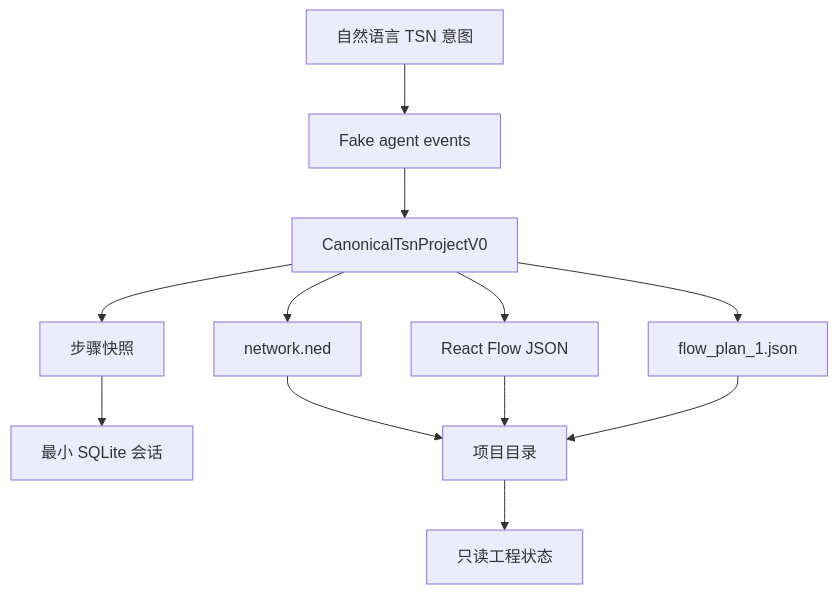
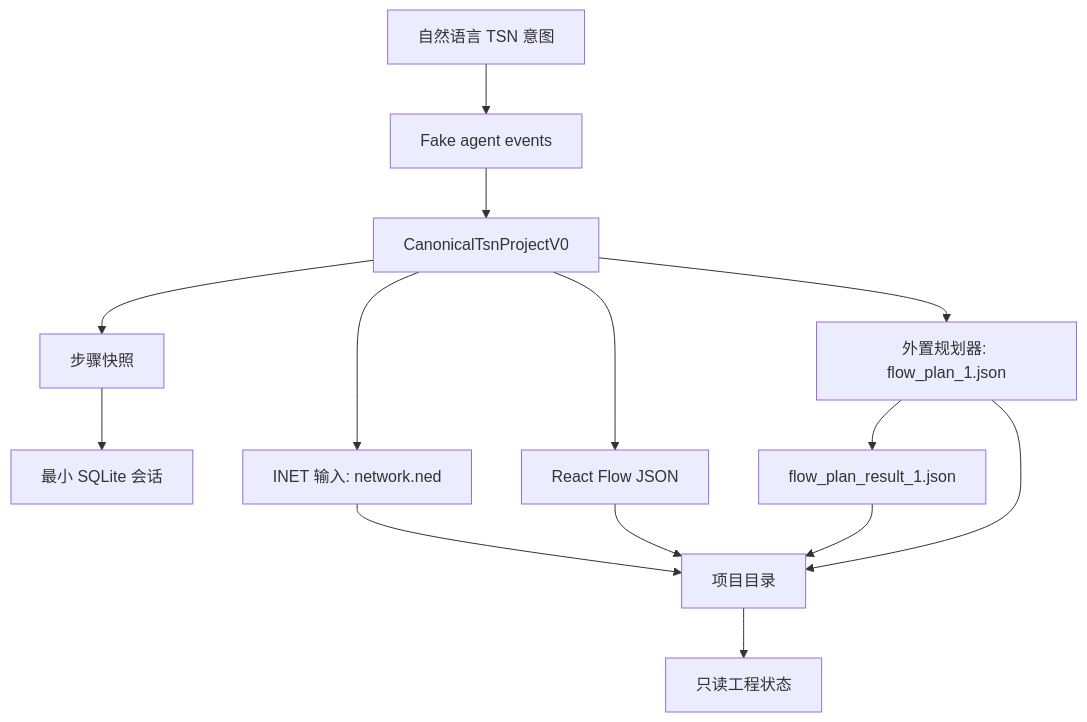
The first of 2 diagrams in docs/plans/2026-05-20-001-feat-tsn-agent-tauri-mvp-plan.md (jarbozhang/tsn-agent), drawn with Mermaid before and after one commit. The commit also changed other lines of this file and 65 other files, not shown here.

````diff
--- a/docs/plans/2026-05-20-001-feat-tsn-agent-tauri-mvp-plan.md
+++ b/docs/plans/2026-05-20-001-feat-tsn-agent-tauri-mvp-plan.md
@@ -144,14 +148,16 @@
 ```mermaid
 flowchart TB
     Intent[自然语言 TSN 意图] --> Agent[Fake agent events]
     Agent --> Domain[CanonicalTsnProjectV0]
     Domain --> Snapshot[步骤快照]
-    Domain --> Ned[network.ned]
+    Domain --> Inet[INET 输入: network.ned]
     Domain --> Flow[React Flow JSON]
-    Domain --> Planner[flow_plan_1.json]
+    Domain --> Planner[外置规划器: flow_plan_1.json]
+    Planner --> Result[flow_plan_result_1.json]
     Snapshot --> Session[最小 SQLite 会话]
-    Ned --> Project[项目目录]
+    Inet --> Project[项目目录]
     Flow --> Project
     Planner --> Project
+    Result --> Project
     Project --> UI[只读工程状态]
 ```
````
